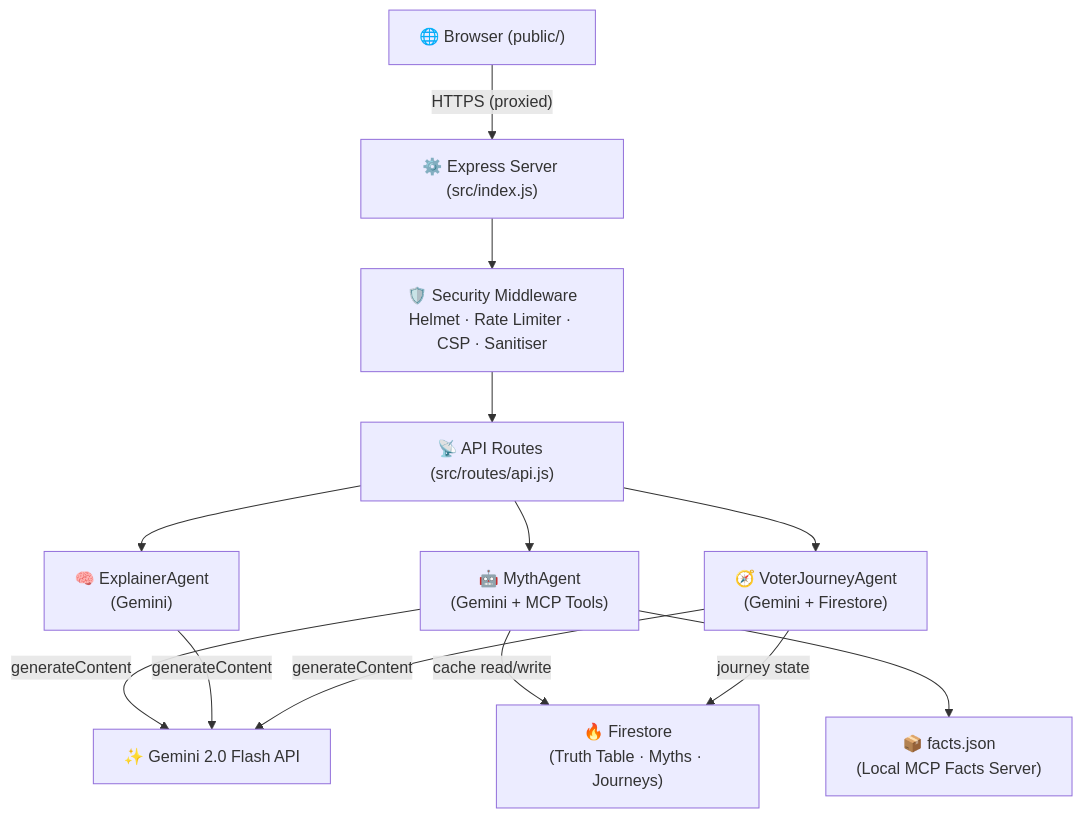
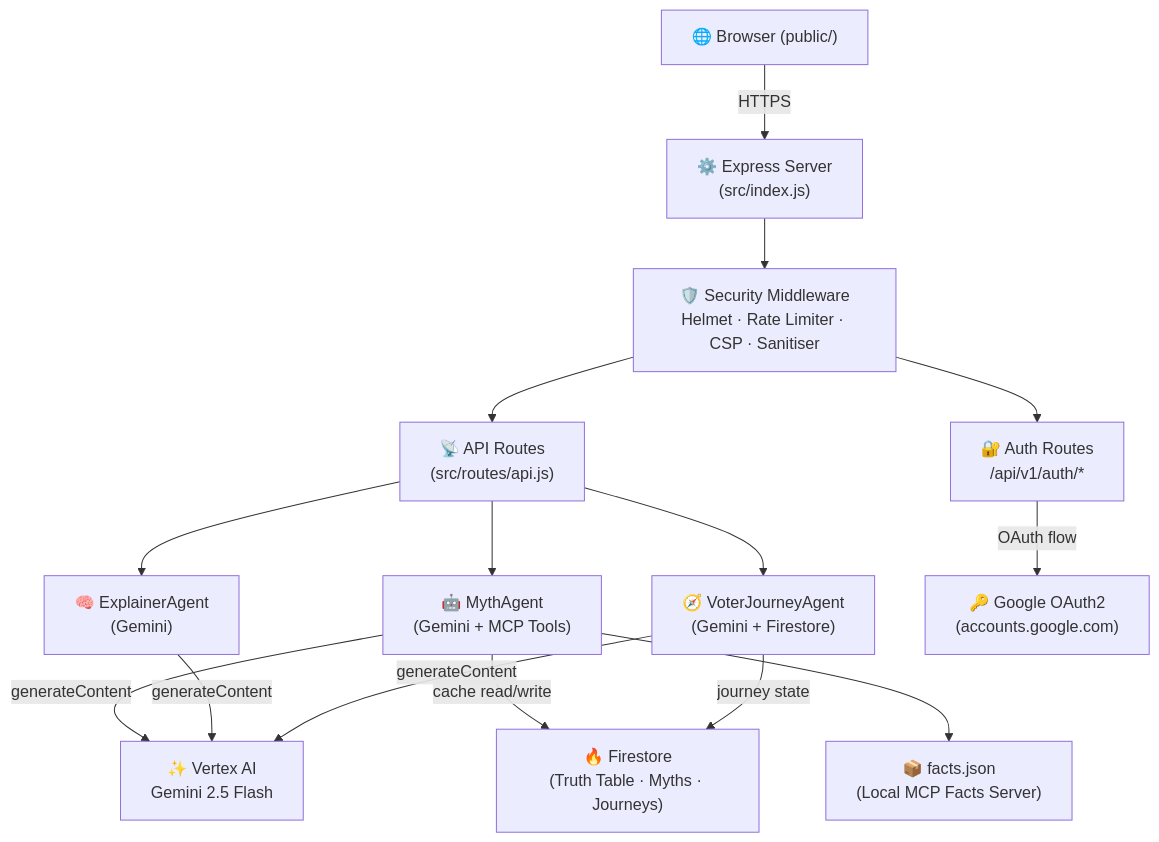
The diagram in README.md (Rex123-hash/chunaav-saathi), drawn with Mermaid before and after one commit. The commit also changed other lines of this file, not shown here.

````diff
--- a/README.md
+++ b/README.md
@@ -93,26 +185,30 @@
 ```mermaid
 graph TD
     Browser["🌐 Browser (public/)"]
-    Server["⚙️ Express Server (src/index.js)"]
+    Auth["🔐 Auth Routes\n/api/v1/auth/*"]
+    Server["⚙️ Express Server\n(src/index.js)"]
     SecMw["🛡️ Security Middleware\nHelmet · Rate Limiter · CSP · Sanitiser"]
-    Routes["📡 API Routes (src/routes/api.js)"]
+    Routes["📡 API Routes\n(src/routes/api.js)"]
     MythAgent["🤖 MythAgent\n(Gemini + MCP Tools)"]
     ExplainAgent["🧠 ExplainerAgent\n(Gemini)"]
     JourneyAgent["🧭 VoterJourneyAgent\n(Gemini + Firestore)"]
     Firestore["🔥 Firestore\n(Truth Table · Myths · Journeys)"]
-    GeminiAPI["✨ Gemini 2.0 Flash API"]
+    VertexAI["✨ Vertex AI\nGemini 2.5 Flash"]
     FactsDB["📦 facts.json\n(Local MCP Facts Server)"]
+    GoogleOAuth["🔑 Google OAuth2\n(accounts.google.com)"]
 
-    Browser -->|"HTTPS (proxied)"| Server
+    Browser -->|"HTTPS"| Server
     Server --> SecMw
+    SecMw --> Auth
     SecMw --> Routes
+    Auth -->|"OAuth flow"| GoogleOAuth
     Routes --> MythAgent
     Routes --> ExplainAgent
     Routes --> JourneyAgent
-    MythAgent -->|"generateContent"| GeminiAPI
+    MythAgent -->|"generateContent"| VertexAI
     MythAgent -->|"cache read/write"| Firestore
     MythAgent --> FactsDB
-    ExplainAgent -->|"generateContent"| GeminiAPI
-    JourneyAgent -->|"generateContent"| GeminiAPI
+    ExplainAgent -->|"generateContent"| VertexAI
+    JourneyAgent -->|"generateContent"| VertexAI
     JourneyAgent -->|"journey state"| Firestore
 ```
````
